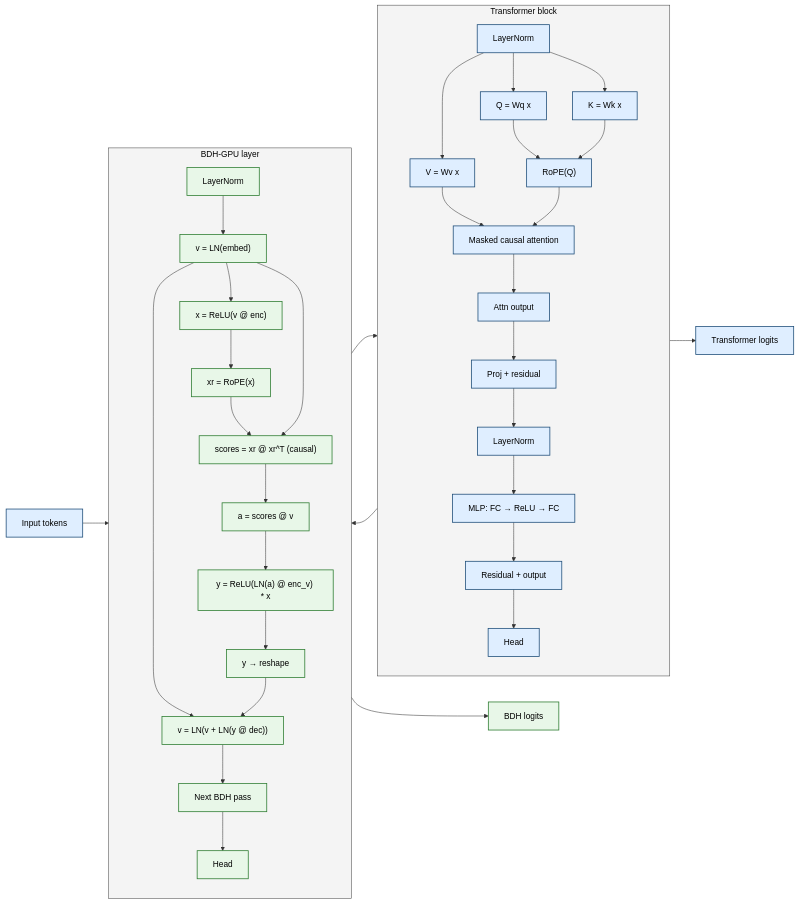
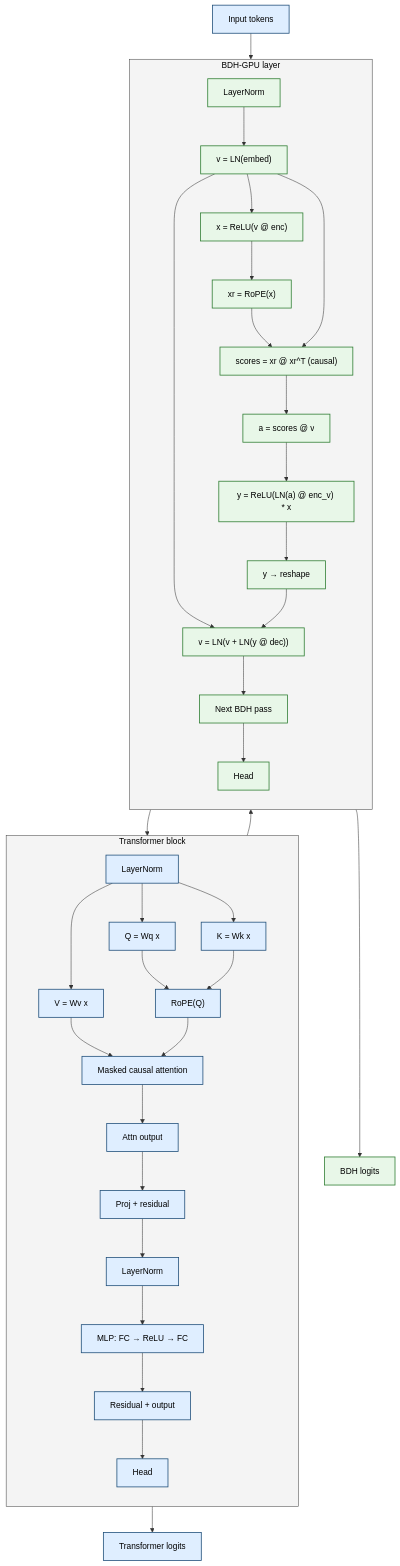
One commit to przemeksokoleoko/transformer-vs-bdh changed the diagram in transformer-vs-bdh-mermaid.md. Above: the diagram before and after it, drawn with Mermaid.

Commit message:
Fix Mermaid diagram orientation from horizontal to vertical layout

````diff
--- a/transformer-vs-bdh-mermaid.md
+++ b/transformer-vs-bdh-mermaid.md
@@ -5,50 +5,50 @@
 ```mermaid
-flowchart LR
+flowchart TB
     A["Input tokens"] --> B["Embedding"]
     B --> C["LayerNorm"]
 
     subgraph T["Transformer block"]
         direction TB
         C --> T1["Q = Wq x"]
         C --> T2["K = Wk x"]
         C --> T3["V = Wv x"]
         T1 --> T4["RoPE(Q)"]
         T2 --> T4
         T3 --> T5["Masked causal attention"]
         T4 --> T5
         T5 --> T6["Attn output"]
         T6 --> T7["Proj + residual"]
         T7 --> T8["LayerNorm"]
         T8 --> T9["MLP: FC → ReLU → FC"]
         T9 --> T10["Residual + output"]
         T10 --> T11["Head"]
     end
 
     subgraph B["BDH-GPU layer"]
         direction TB
         C --> C2["LayerNorm"]
         C2 --> D1["v = LN(embed)"]
         D1 --> D2["x = ReLU(v @ enc)"]
         D2 --> D3["xr = RoPE(x)"]
         D3 --> D4["scores = xr @ xr^T (causal)"]
         D1 --> D4
         D4 --> D5["a = scores @ v"]
         D5 --> D6["y = ReLU(LN(a) @ enc_v) * x"]
         D6 --> D7["y → reshape"]
         D1 --> D8["v = LN(v + LN(y @ dec))"]
         D7 --> D8
         D8 --> D9["Next BDH pass"]
         D9 --> D10["Head"]
     end
 
     T11 --> T12["Transformer logits"]
     D10 --> D11["BDH logits"]
 
     classDef trans fill:#dfeeff,stroke:#1f4e79,stroke-width:1.5px,color:#000;
     classDef bdh fill:#e8f7e8,stroke:#2e7d32,stroke-width:1.5px,color:#000;
     classDef base fill:#f4f4f4,stroke:#444,stroke-width:1px,color:#000;
 
     class A,B,C,T1,T2,T3,T4,T5,T6,T7,T8,T9,T10,T11,T12 trans;
     class C2,D1,D2,D3,D4,D5,D6,D7,D8,D9,D10,D11 bdh;
     class T,B base;
 ```
````
